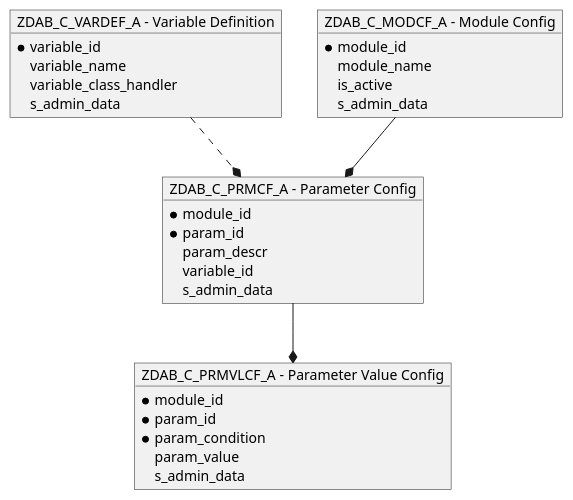
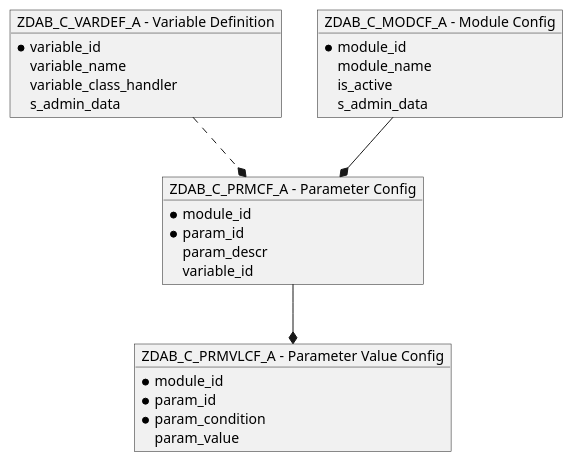
One commit to aliaksei-dunets-public/dab_custom_btp_abap_common changed the diagram in UMLSchemas/db_objects.wsd. Above: the diagram before and after it, drawn with PlantUML. The commit also changed 2 other files, not shown here.

Commit message:
Add Class UML Diagramm

```diff
--- a/UMLSchemas/db_objects.wsd
+++ b/UMLSchemas/db_objects.wsd
@@ -1,41 +1,39 @@
 @startuml DatabaseObjects
 
 ' Variable Definition DB 
 object "ZDAB_C_VARDEF_A - Variable Definition" as ZDAB_C_VARDEF_A { 
   *variable_id
   variable_name
   variable_class_handler
   s_admin_data
 }
 
 ' Module Configuration DB
 object "ZDAB_C_MODCF_A - Module Config" as ZDAB_C_MODCF_A {
     *module_id
     module_name
     is_active
     s_admin_data
 }
 
 ' Parameter Configuration DB
 object "ZDAB_C_PRMCF_A - Parameter Config" as ZDAB_C_PRMCF_A {
     *module_id
     *param_id
     param_descr
     variable_id
-    s_admin_data
 }
 
 ' Parameter Value Configuration DB
 object "ZDAB_C_PRMVLCF_A - Parameter Value Config" as ZDAB_C_PRMVLCF_A {
     *module_id
     *param_id
     *param_condition
     param_value
-    s_admin_data
 }
 
 ZDAB_C_MODCF_A --* ZDAB_C_PRMCF_A
 ZDAB_C_PRMCF_A --* ZDAB_C_PRMVLCF_A
 ZDAB_C_VARDEF_A ..* ZDAB_C_PRMCF_A
 
 @enduml
```
